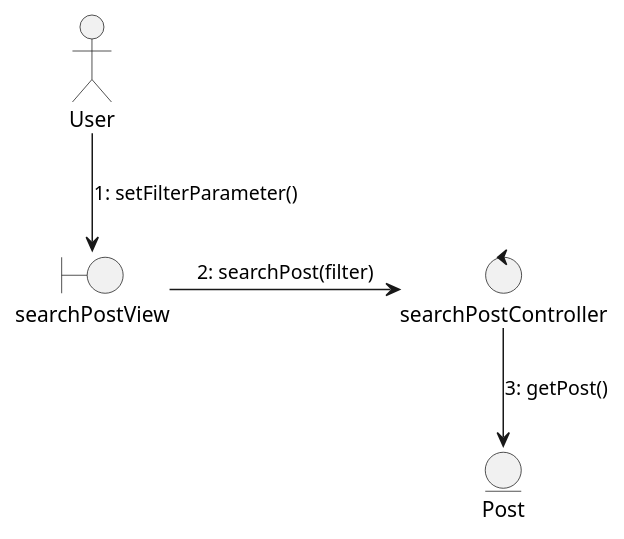
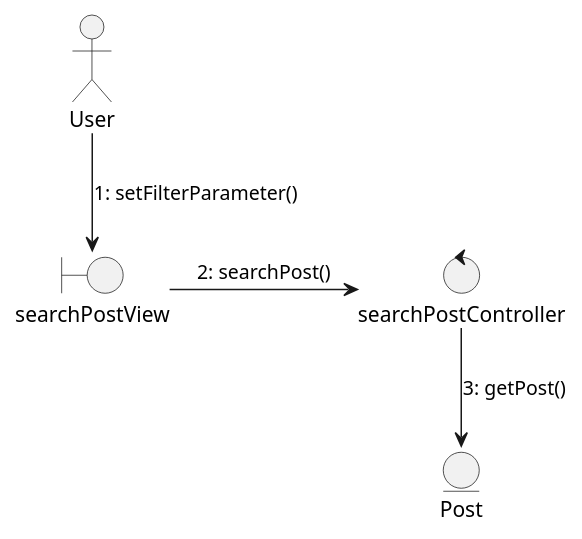
One commit to Dayannis-07/ING_SOFT changed the diagram in docs/scenariosView/collaborationDiagram/useCase-BuscarPublicación.puml. Above: the diagram before and after it, drawn with PlantUML. The commit also changed 3 other files, not shown here.

```diff
--- a/docs/scenariosView/collaborationDiagram/useCase-BuscarPublicación.puml
+++ b/docs/scenariosView/collaborationDiagram/useCase-BuscarPublicación.puml
@@ -1,11 +1,11 @@
 @startuml Buscar publicación
 actor User as U
 
 boundary "searchPostView" as V
 control "searchPostController" as G
 entity Post as P
 
 U -->V : "1: setFilterParameter()" 
-V -r-> G : "2: searchPost(filter)"
+V -r-> G : "2: searchPost()"
 G --> P : "3: getPost() "
 @enduml
```
